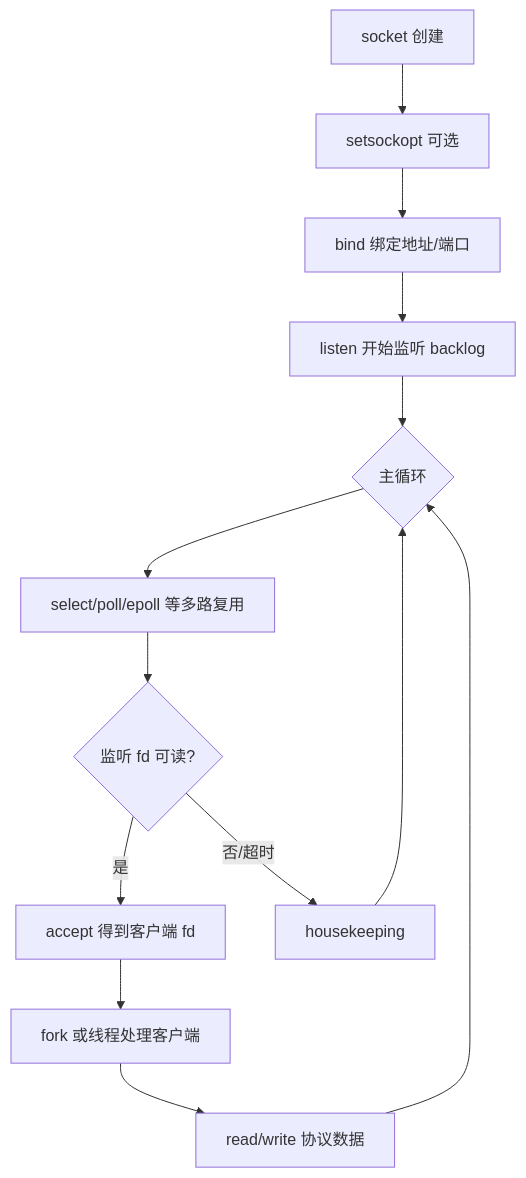
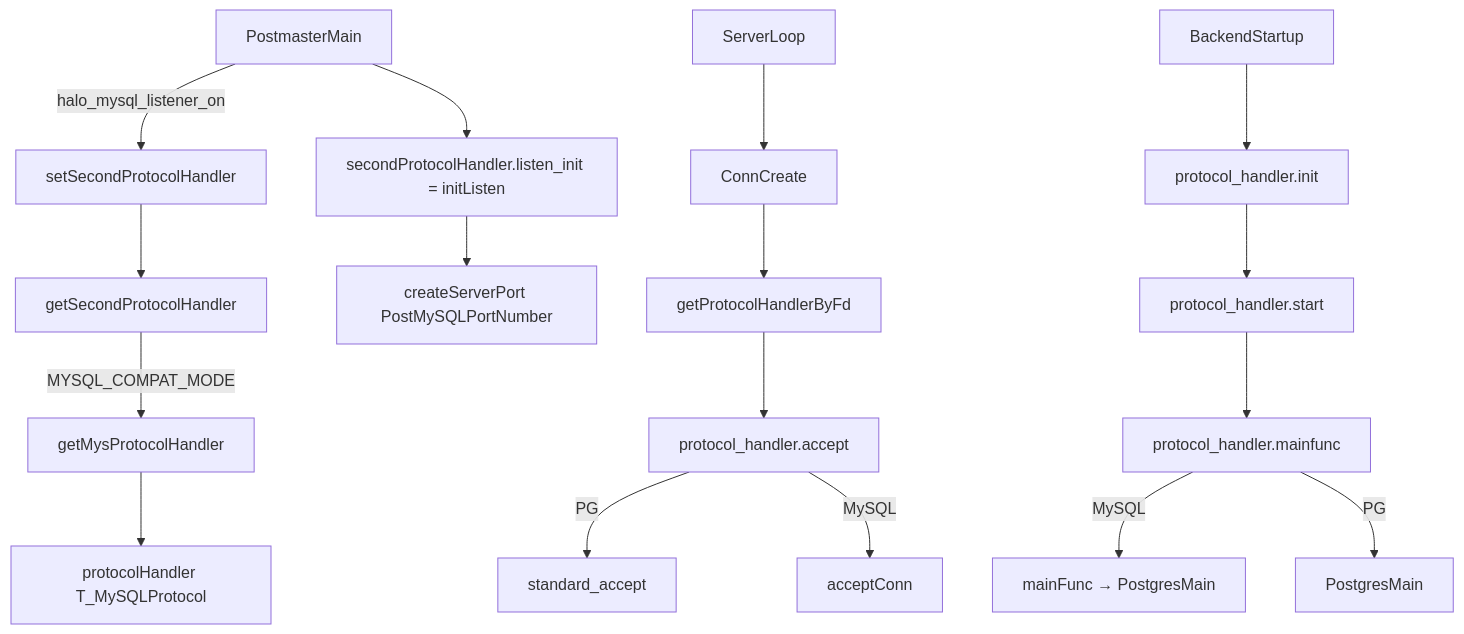
The second of 6 diagrams in database/openhalo-mysql-compatibility.md (Meta11ic0/fluffynotes), drawn with Mermaid before and after one commit. The commit also changed other lines of this file, not shown here.

````diff
--- a/database/openhalo-mysql-compatibility.md
+++ b/database/openhalo-mysql-compatibility.md
@@ -286,15 +125,19 @@
 ```mermaid
 flowchart TD
-    A[socket 创建] --> B[setsockopt 可选]
-    B --> C[bind 绑定地址/端口]
-    C --> D[listen 开始监听 backlog]
-    D --> E{主循环}
-    E --> F[select/poll/epoll 等多路复用]
-    F --> G{监听 fd 可读?}
-    G -->|是| H[accept 得到客户端 fd]
-    H --> I[fork 或线程处理客户端]
-    I --> J[read/write 协议数据]
-    J --> E
-    G -->|否/超时| K[housekeeping]
-    K --> E
+    PM[PostmasterMain] -->|halo_mysql_listener_on| SSH[setSecondProtocolHandler]
+    SSH --> GSPH[getSecondProtocolHandler]
+    GSPH -->|MYSQL_COMPAT_MODE| GMH[getMysProtocolHandler]
+    GMH --> PH[protocolHandler T_MySQLProtocol]
+    PM --> LI[secondProtocolHandler.listen_init = initListen]
+    LI --> CSP[createServerPort PostMySQLPortNumber]
+    SL[ServerLoop] --> CC[ConnCreate]
+    CC --> GPH[getProtocolHandlerByFd]
+    GPH --> ACC[protocol_handler.accept]
+    ACC -->|PG| SA[standard_accept]
+    ACC -->|MySQL| AC[acceptConn]
+    BS[BackendStartup] --> INIT[protocol_handler.init]
+    INIT --> START[protocol_handler.start]
+    START --> MAIN[protocol_handler.mainfunc]
+    MAIN -->|MySQL| MF[mainFunc → PostgresMain]
+    MAIN -->|PG| PMN[PostgresMain]
 ```
````
